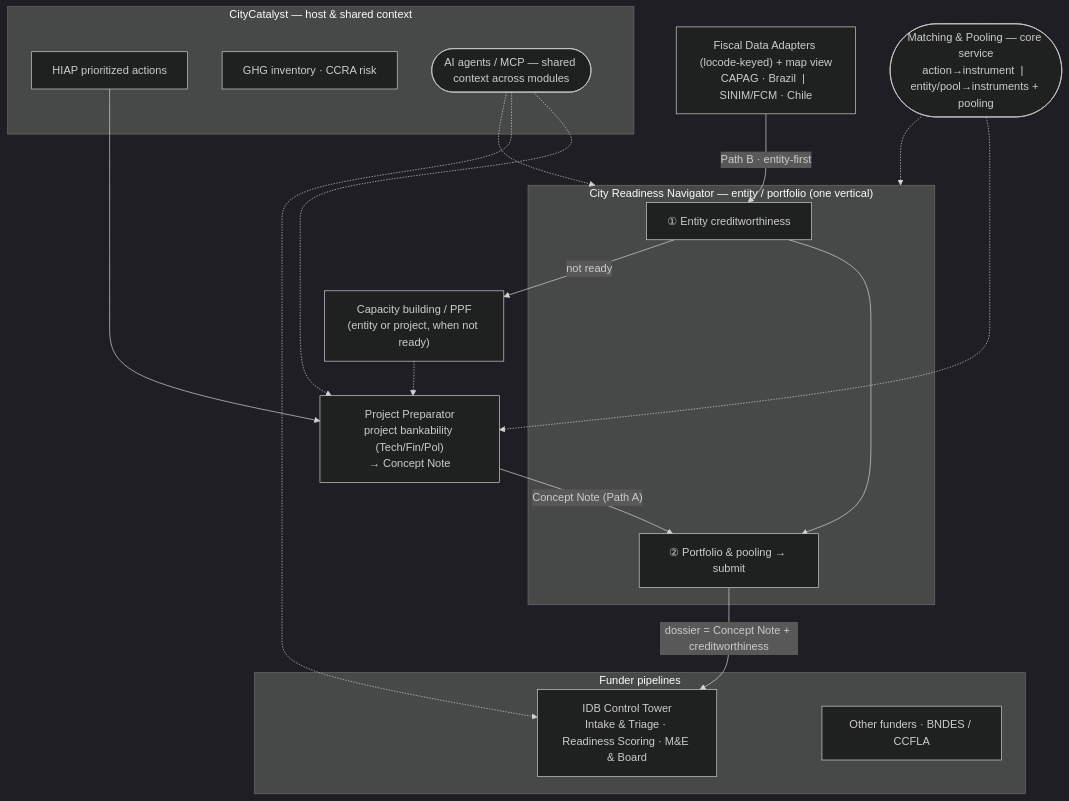
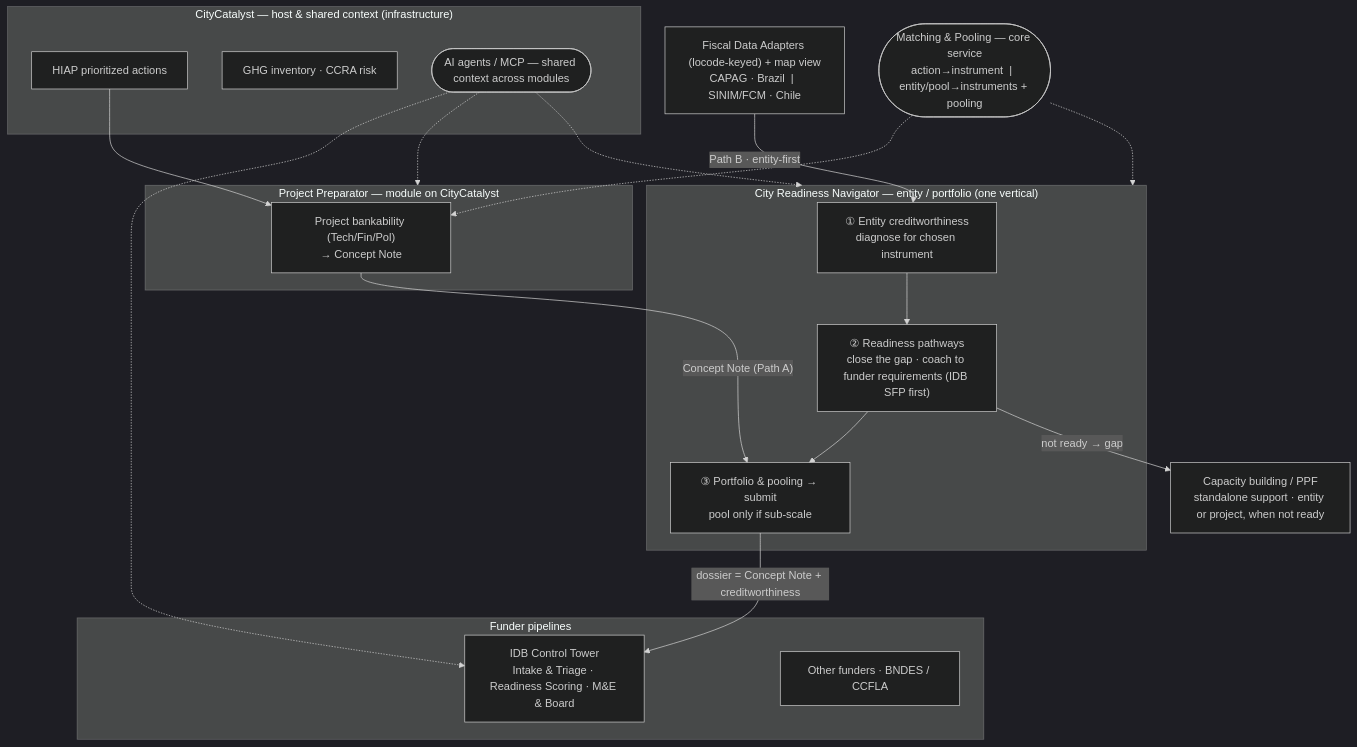
The diagram in events/2026-06-11-unlock-the-money/justagiraffe/INTEGRATED-ARCHITECTURE.md (Open-Earth-Foundation/hackdays), drawn with Mermaid (dark theme) before and after one commit. The commit also changed other lines of this file and 14 other files, not shown here.

First line of the commit message:
Refine 5a diagram + PRD reframe; add presentation diagrams

````diff
--- a/events/2026-06-11-unlock-the-money/justagiraffe/INTEGRATED-ARCHITECTURE.md
+++ b/events/2026-06-11-unlock-the-money/justagiraffe/INTEGRATED-ARCHITECTURE.md
@@ -111,39 +111,41 @@
 ```mermaid
 flowchart TB
-  subgraph CC["CityCatalyst — host & shared context"]
+  subgraph CC["CityCatalyst — host & shared context (infrastructure)"]
     HIAP["HIAP prioritized actions"]
     INV["GHG inventory · CCRA risk"]
     AGENT(["AI agents / MCP — shared context across modules"])
+  end
+
+  subgraph PREPM["Project Preparator — module on CityCatalyst"]
+    PREP["Project bankability (Tech/Fin/Pol)<br/>→ Concept Note"]
   end
 
   DATA["Fiscal Data Adapters (locode-keyed) + map view<br/>CAPAG · Brazil &nbsp;|&nbsp; SINIM/FCM · Chile"]
 
   MATCH(["Matching &amp; Pooling — core service<br/>action→instrument &nbsp;|&nbsp; entity/pool→instruments + pooling"])
 
-  PREP["Project Preparator<br/>project bankability (Tech/Fin/Pol)<br/>→ Concept Note"]
-
   subgraph NAV["City Readiness Navigator — entity / portfolio (one vertical)"]
-    N1["① Entity creditworthiness"]
-    N2["② Portfolio &amp; pooling → submit"]
-    N1 --> N2
+    N1["① Entity creditworthiness<br/>diagnose for chosen instrument"]
+    N2["② Readiness pathways<br/>close the gap · coach to funder requirements (IDB SFP first)"]
+    N3["③ Portfolio &amp; pooling → submit<br/>pool only if sub-scale"]
+    N1 --> N2 --> N3
   end
 
-  CAP["Capacity building / PPF<br/>(entity or project, when not ready)"]
+  CAP["Capacity building / PPF<br/>standalone support · entity or project, when not ready"]
 
   subgraph FUND["Funder pipelines"]
     IDB["IDB Control Tower<br/>Intake &amp; Triage · Readiness Scoring · M&amp;E &amp; Board"]
     OTHER["Other funders · BNDES / CCFLA"]
   end
 
   HIAP --> PREP
-  PREP -- "Concept Note (Path A)" --> N2
+  PREP -- "Concept Note (Path A)" --> N3
   DATA -- "Path B · entity-first" --> N1
-  N1 -- "not ready" --> CAP
-  CAP -.-> PREP
+  N2 -- "not ready → gap" --> CAP
   MATCH -.-> PREP
   MATCH -.-> NAV
-  N2 -- "dossier = Concept Note + creditworthiness" --> IDB
-  AGENT -.-> PREP
+  N3 -- "dossier = Concept Note + creditworthiness" --> IDB
+  AGENT -.-> PREPM
   AGENT -.-> NAV
   AGENT -.-> IDB
 ```
````
